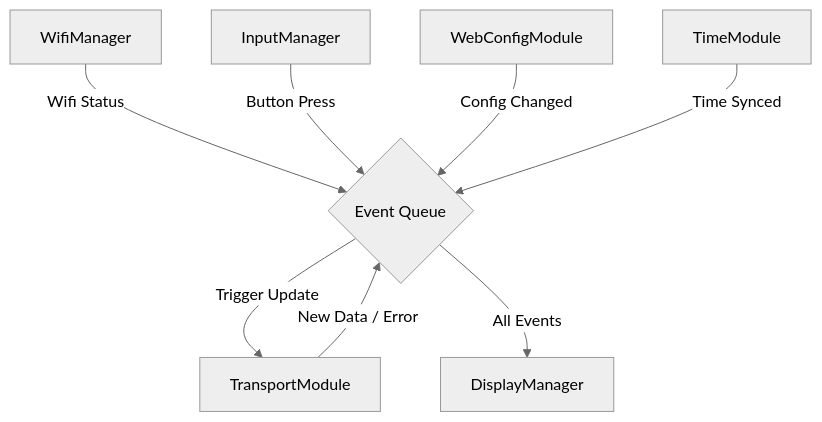
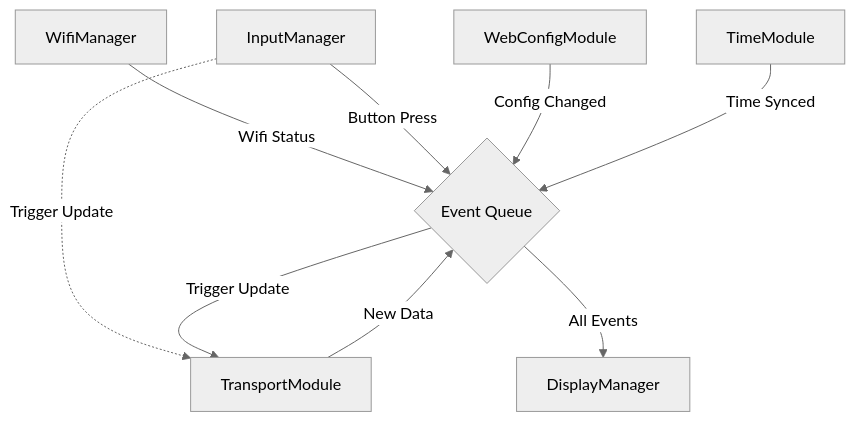
The diagram in ARCHITECTURE.md (Mahboob22-bit/crowpanel-oev-display), drawn with Mermaid (neutral theme) before and after one commit. The commit also changed other lines of this file and 2 other files, not shown here.

First line of the commit message:
Enhance requirements and architecture documentation

````diff
--- a/ARCHITECTURE.md
+++ b/ARCHITECTURE.md
@@ -28,18 +30,19 @@
 ```mermaid
 graph TD
     %% Events
     EventQ{Event Queue}
 
     %% Modules
     Wifi[WifiManager] -->|Wifi Status| EventQ
     Input[InputManager] -->|Button Press| EventQ
+    Input -.->|Trigger Update| Transport[TransportModule]
     Web[WebConfigModule] -->|Config Changed| EventQ
     Time[TimeModule] -->|Time Synced| EventQ
     
-    Transport[TransportModule]
+    Transport
     EventQ -->|Trigger Update| Transport
-    Transport -->|New Data / Error| EventQ
+    Transport -->|New Data| EventQ
     
     Display[DisplayManager]
     EventQ -->|All Events| Display
 ```
````
